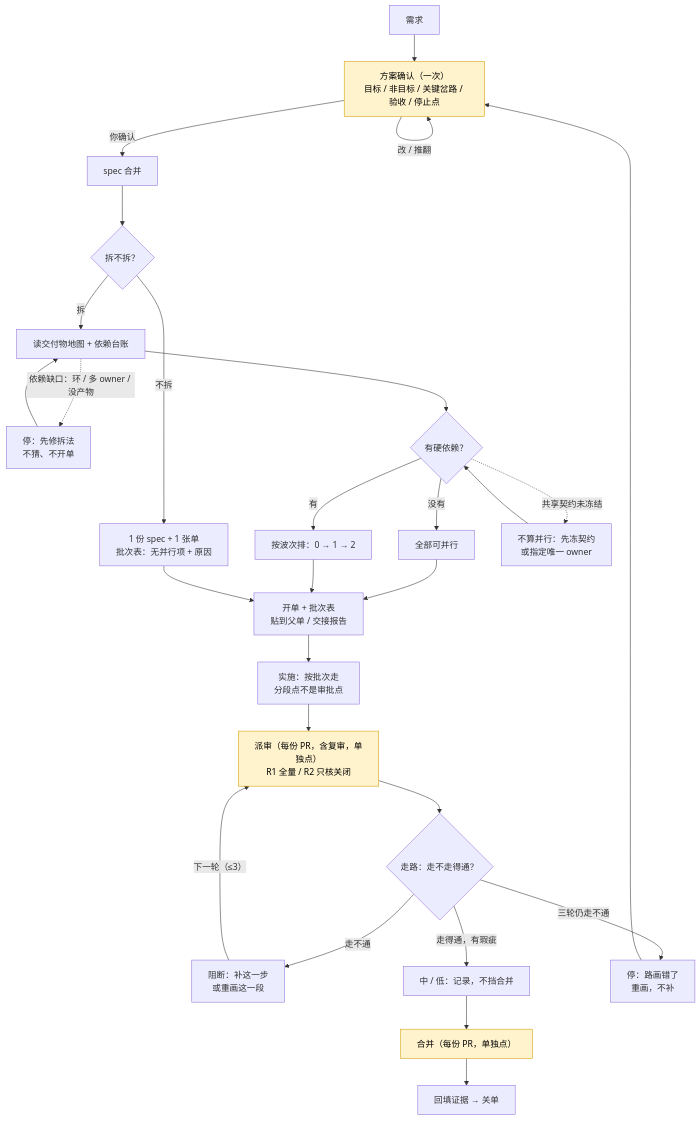
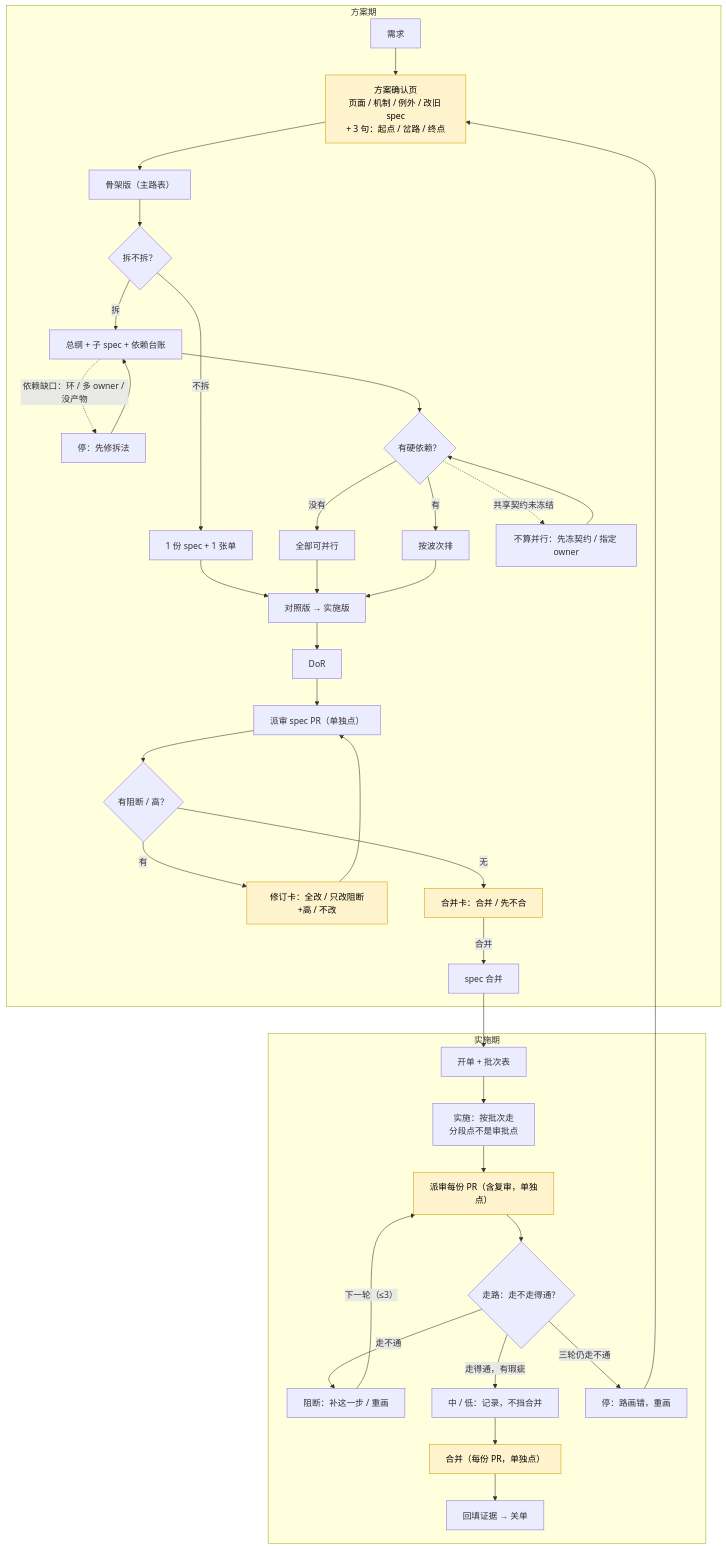
One commit to nano-sun99/spec-flow changed the diagram in docs/specs/2026-11-03-one-path.md. Above: the diagram before and after it, drawn with Mermaid. The commit also changed other lines of this file, not shown here.

Commit message:
docs(spec): 按 R1 轻审全改（16 条）

````diff
--- a/docs/specs/2026-11-03-one-path.md
+++ b/docs/specs/2026-11-03-one-path.md
@@ -98,36 +109,42 @@
 ```mermaid
 flowchart TD
-    A["需求"] --> B["方案确认（一次）<br/>目标 / 非目标 / 关键岔路 / 验收 / 停止点"]
-    B -->|"改 / 推翻"| B
-    B -->|"你确认"| C["spec 合并"]
-    C --> D{"拆不拆？"}
-    D -->|"不拆"| E["1 份 spec + 1 张单<br/>批次表：无并行项 + 原因"]
-    D -->|"拆"| F["读交付物地图 + 依赖台账"]
-
-    F -. "依赖缺口：环 / 多 owner / 没产物" .-> X["停：先修拆法<br/>不猜、不开单"]
-    X --> F
-
-    F --> G{"有硬依赖？"}
-    G -->|"没有"| H["全部可并行"]
-    G -->|"有"| I["按波次排：0 → 1 → 2"]
-    G -. "共享契约未冻结" .-> Y["不算并行：先冻契约<br/>或指定唯一 owner"]
-    Y --> G
-
-    H --> J["开单 + 批次表<br/>贴到父单 / 交接报告"]
-    I --> J
-    E --> J
-
-    J --> K["实施：按批次走<br/>分段点不是审批点"]
-    K --> L["派审（每份 PR，含复审，单独点）<br/>R1 全量 / R2 只核关闭"]
-    L --> M{"走路：走不走得通？"}
-    M -->|"走不通"| N["阻断：补这一步<br/>或重画这一段"]
-    N -->|"下一轮（≤3）"| L
-    M -->|"走得通，有瑕疵"| O["中 / 低：记录，不挡合并"]
-    M -->|"三轮仍走不通"| P["停：路画错了<br/>重画，不补"]
-    P --> B
-    O --> Q["合并（每份 PR，单独点）"]
-    Q --> R["回填证据 → 关单"]
-
+    subgraph PLAN["方案期"]
+        A["需求"] --> B["方案确认页<br/>页面 / 机制 / 例外 / 改旧 spec<br/>+ 3 句：起点 / 岔路 / 终点"]
+        B --> K["骨架版（主路表）"]
+        K --> D{"拆不拆？"}
+        D -->|"不拆"| E["1 份 spec + 1 张单"]
+        D -->|"拆"| F["总纲 + 子 spec + 依赖台账"]
+        F -. "依赖缺口：环 / 多 owner / 没产物" .-> X["停：先修拆法"]
+        X --> F
+        F --> G{"有硬依赖？"}
+        G -->|"没有"| H["全部可并行"]
+        G -->|"有"| I["按波次排"]
+        G -. "共享契约未冻结" .-> Y["不算并行：先冻契约 / 指定 owner"]
+        Y --> G
+        E --> S["对照版 → 实施版"]
+        H --> S
+        I --> S
+        S --> DR["DoR"]
+        DR --> RG["派审 spec PR（单独点）"]
+        RG --> RV{"有阻断 / 高？"}
+        RV -->|"有"| RC["修订卡：全改 / 只改阻断+高 / 不改"]
+        RC --> RG
+        RV -->|"无"| MC["合并卡：合并 / 先不合"]
+        MC -->|"合并"| C["spec 合并"]
+    end
+    subgraph BUILD["实施期"]
+        C --> J["开单 + 批次表"]
+        J --> IM["实施：按批次走<br/>分段点不是审批点"]
+        IM --> L["派审每份 PR（含复审，单独点）"]
+        L --> M{"走路：走不走得通？"}
+        M -->|"走不通"| N["阻断：补这一步 / 重画"]
+        N -->|"下一轮（≤3）"| L
+        M -->|"走得通，有瑕疵"| O["中 / 低：记录，不挡合并"]
+        M -->|"三轮仍走不通"| P["停：路画错，重画"]
+        P --> B
+        O --> Q["合并（每份 PR，单独点）"]
+        Q --> R["回填证据 → 关单"]
+    end
     classDef human fill:#fff3cd,stroke:#d39e00,color:#000;
-    class B,L,Q human;
+    class B,RC,MC,L,Q human;
 ```
````
